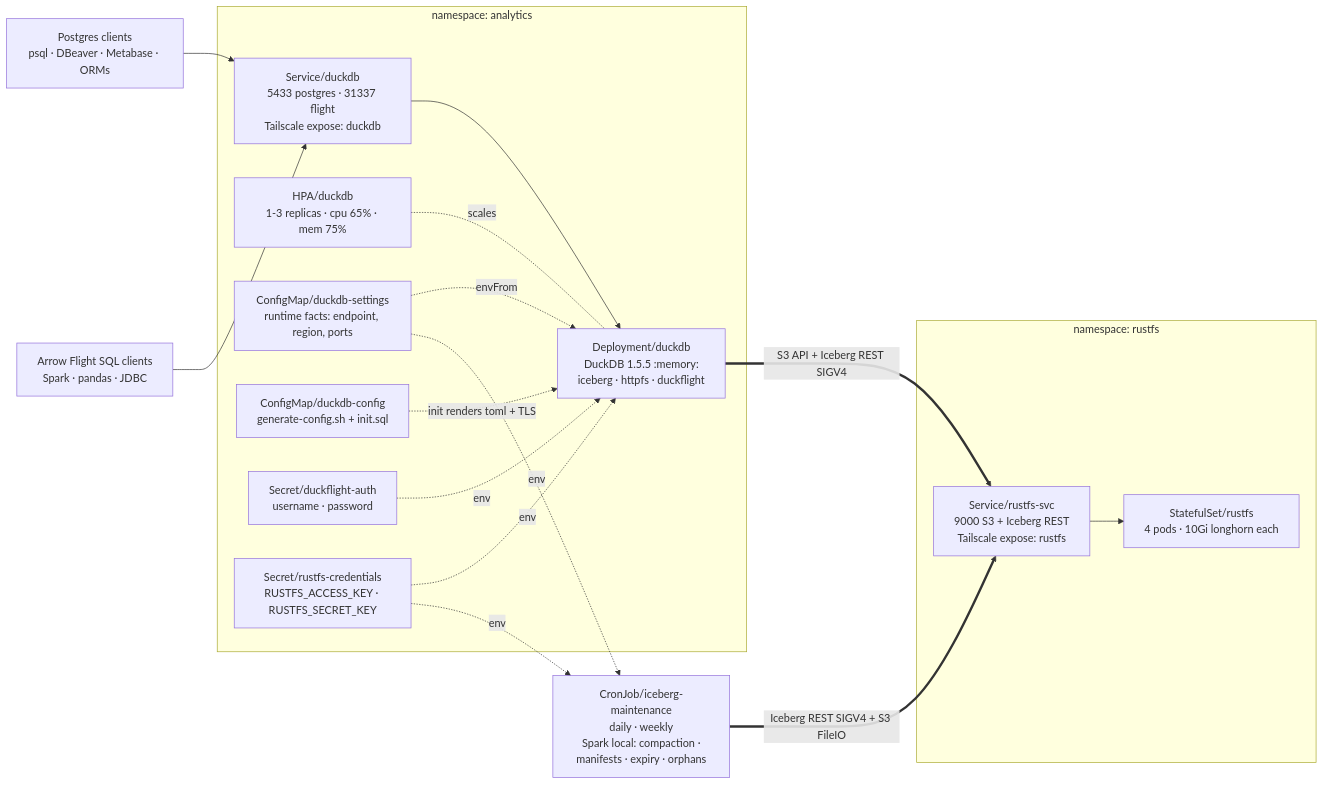
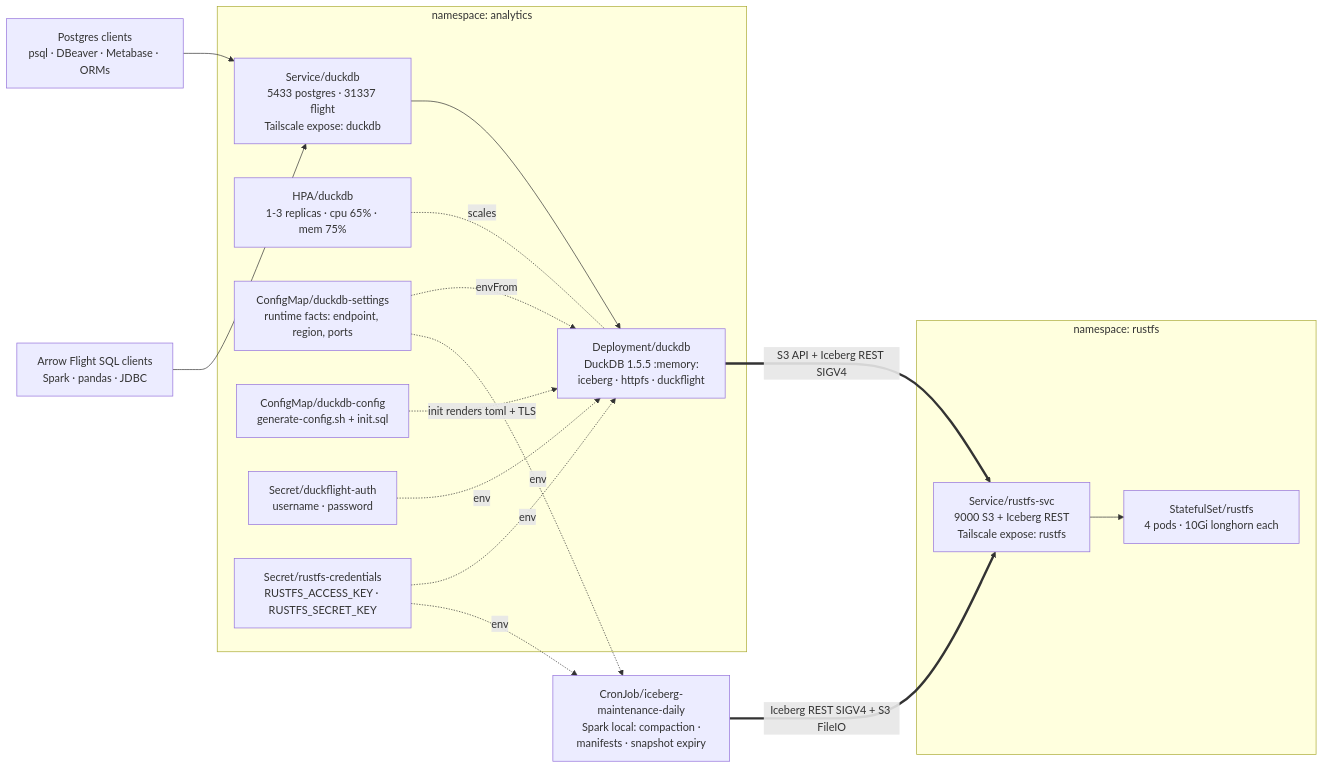
The first of 3 diagrams in README.md (daun-gatal/analytics), drawn with Mermaid before and after one commit. The commit also changed other lines of this file and 4 other files, not shown here.

First line of the commit message:
Drop weekly orphan-cleanup CronJob

````diff
--- a/README.md
+++ b/README.md
@@ -35,35 +35,35 @@
 ```mermaid
 flowchart LR
     PG["Postgres clients<br/>psql · DBeaver · Metabase · ORMs"]
     FS["Arrow Flight SQL clients<br/>Spark · pandas · JDBC"]
 
     subgraph ANALYTICS["namespace: analytics"]
         SVC["Service/duckdb<br/>5433 postgres · 31337 flight<br/>Tailscale expose: duckdb"]
         DUCK["Deployment/duckdb<br/>DuckDB 1.5.5 :memory:<br/>iceberg · httpfs · duckflight"]
         HPA["HPA/duckdb<br/>1-3 replicas · cpu 65% · mem 75%"]
         SETTINGS["ConfigMap/duckdb-settings<br/>runtime facts: endpoint, region, ports"]
         CFG["ConfigMap/duckdb-config<br/>generate-config.sh + init.sql"]
         AUTH["Secret/duckflight-auth<br/>username · password"]
         CREDS["Secret/rustfs-credentials<br/>RUSTFS_ACCESS_KEY · RUSTFS_SECRET_KEY"]
     end
 
     subgraph RUSTFS["namespace: rustfs"]
         RSVC["Service/rustfs-svc<br/>9000 S3 + Iceberg REST<br/>Tailscale expose: rustfs"]
         STS["StatefulSet/rustfs<br/>4 pods · 10Gi longhorn each"]
     end
 
     PG --> SVC
     FS --> SVC
     SVC --> DUCK
     HPA -. scales .- DUCK
     SETTINGS -. envFrom .-> DUCK
     CFG -. init renders toml + TLS .-> DUCK
     AUTH -. env .-> DUCK
     CREDS -. env .-> DUCK
     DUCK == "S3 API + Iceberg REST SIGV4" ==> RSVC
-    MAINT["CronJob/iceberg-maintenance<br/>daily · weekly<br/>Spark local: compaction ·<br/>manifests · expiry · orphans"]
+    MAINT["CronJob/iceberg-maintenance-daily<br/>Spark local: compaction ·<br/>manifests · snapshot expiry"]
     CREDS -. env .-> MAINT
     SETTINGS -. env .-> MAINT
     MAINT == "Iceberg REST SIGV4 + S3 FileIO" ==> RSVC
     RSVC --> STS
 ```
````
